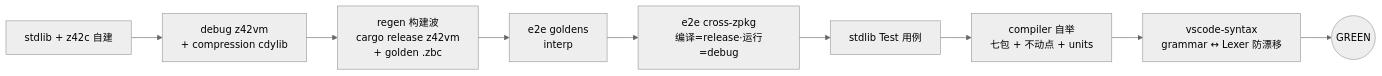
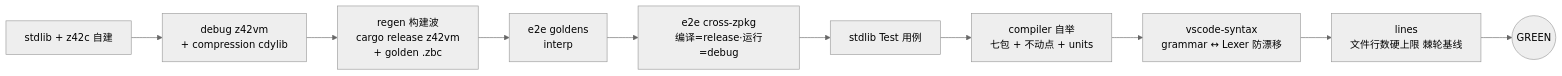
The diagram in docs/book/src/dev/test-gate.md (z42-lang/z42), drawn with Mermaid (neutral theme) before and after one commit. The commit also changed other lines of this file and 8 other files, not shown here.

Commit message:
test(toolchain): 新增 xtask test lines 文件行数硬上限门禁（棘轮基线） (#404)

````diff
--- a/docs/book/src/dev/test-gate.md
+++ b/docs/book/src/dev/test-gate.md
@@ -40,11 +40,12 @@
 ```mermaid
 graph LR
     B[stdlib + z42c 自建] --> D[debug z42vm<br/>+ compression cdylib]
     D --> R[regen 构建波<br/>cargo release z42vm<br/>+ golden .zbc]
     R --> S1[e2e goldens<br/>interp]
     S1 --> S2[e2e cross-zpkg<br/>编译=release·运行=debug]
     S2 --> S3[stdlib Test 用例]
     S3 --> S4[compiler 自举<br/>七包 + 不动点 + units]
     S4 --> S5[vscode-syntax<br/>grammar ↔ Lexer 防漂移]
-    S5 --> G((GREEN))
+    S5 --> S6[lines<br/>文件行数硬上限 棘轮基线]
+    S6 --> G((GREEN))
 ```
````
